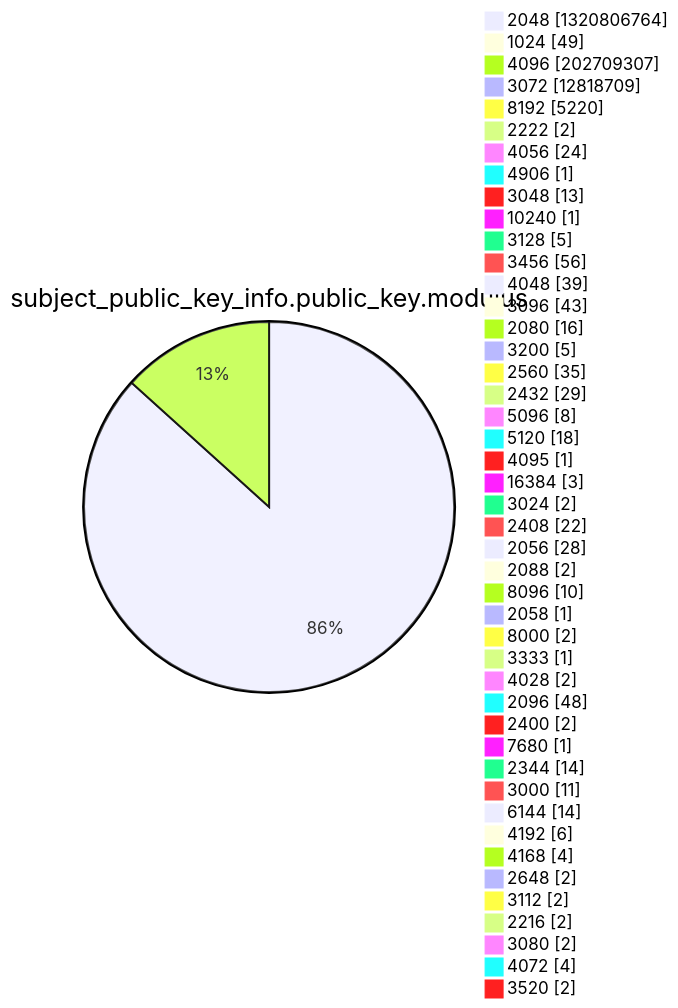
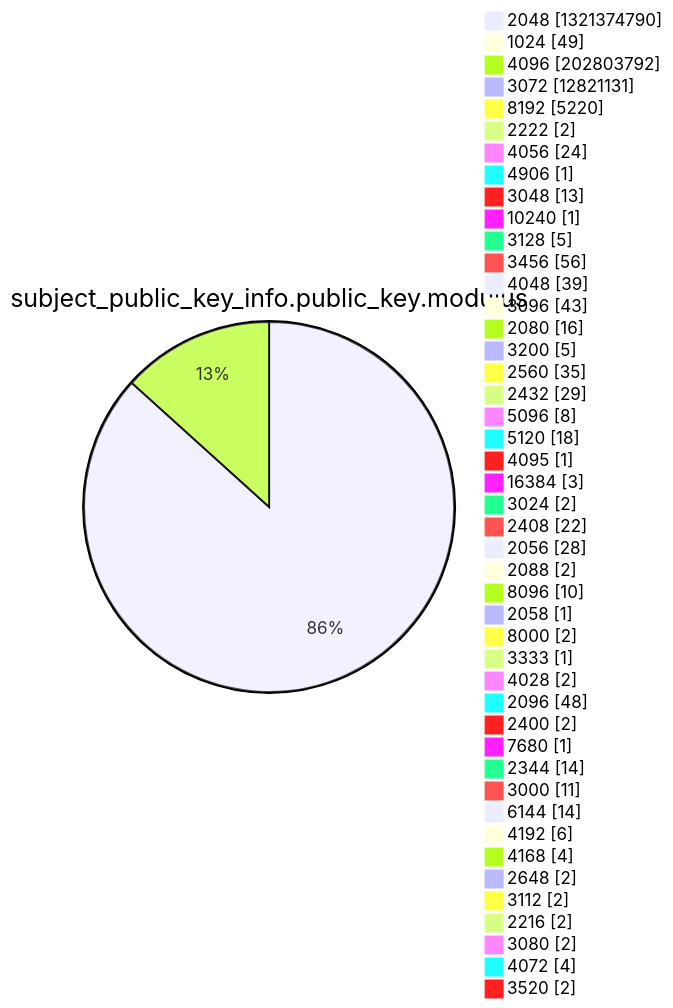
Before and after one commit to christiankrug/ctmonitor_visualization: diagram 13 of 15 in xenon2022/README.md, drawn with Mermaid. The commit also changed other lines of this file, not shown here.

````diff
--- a/xenon2022/README.md
+++ b/xenon2022/README.md
@@ -3925,49 +3925,49 @@
 ```mermaid
 pie showData
 title subject_public_key_info.public_key.modulus
-"2048" :1320806764
+"2048" :1321374790
 "1024" :49
-"4096" :202709307
-"3072" :12818709
+"4096" :202803792
+"3072" :12821131
 "8192" :5220
 "2222" :2
 "4056" :24
 "4906" :1
 "3048" :13
 "10240" :1
 "3128" :5
 "3456" :56
 "4048" :39
 "3096" :43
 "2080" :16
 "3200" :5
 "2560" :35
 "2432" :29
 "5096" :8
 "5120" :18
 "4095" :1
 "16384" :3
 "3024" :2
 "2408" :22
 "2056" :28
 "2088" :2
 "8096" :10
 "2058" :1
 "8000" :2
 "3333" :1
 "4028" :2
 "2096" :48
 "2400" :2
 "7680" :1
 "2344" :14
 "3000" :11
 "6144" :14
 "4192" :6
 "4168" :4
 "2648" :2
 "3112" :2
 "2216" :2
 "3080" :2
 "4072" :4
 "3520" :2
 ```
````
